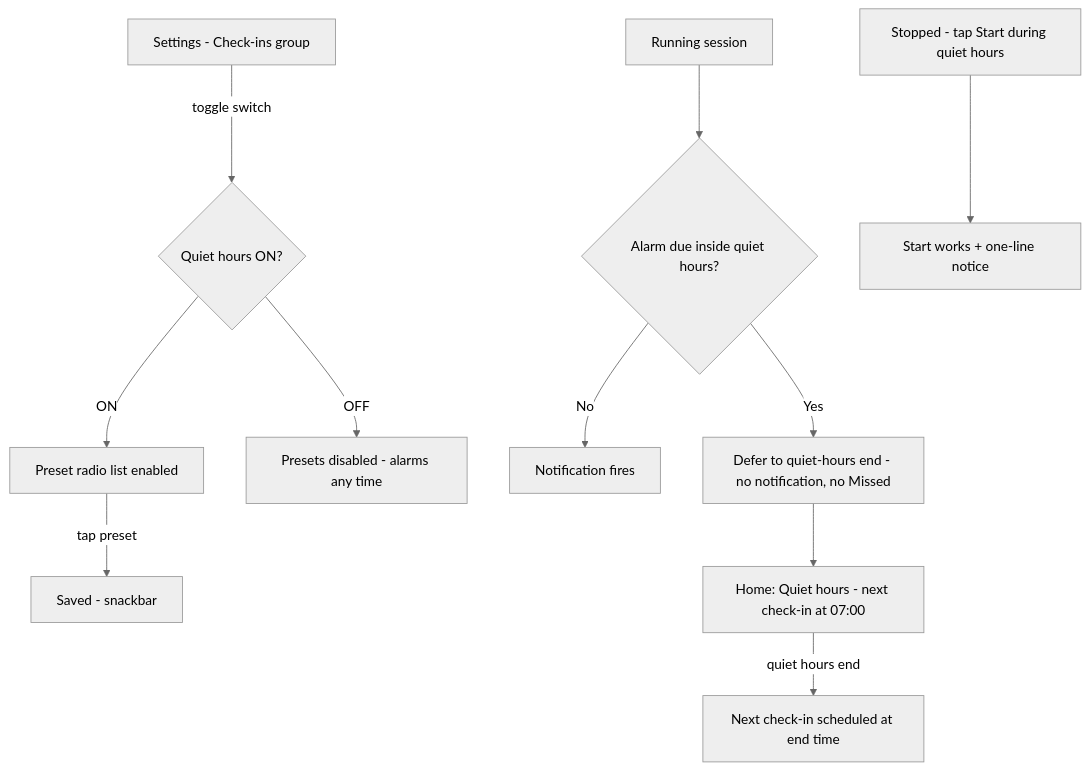
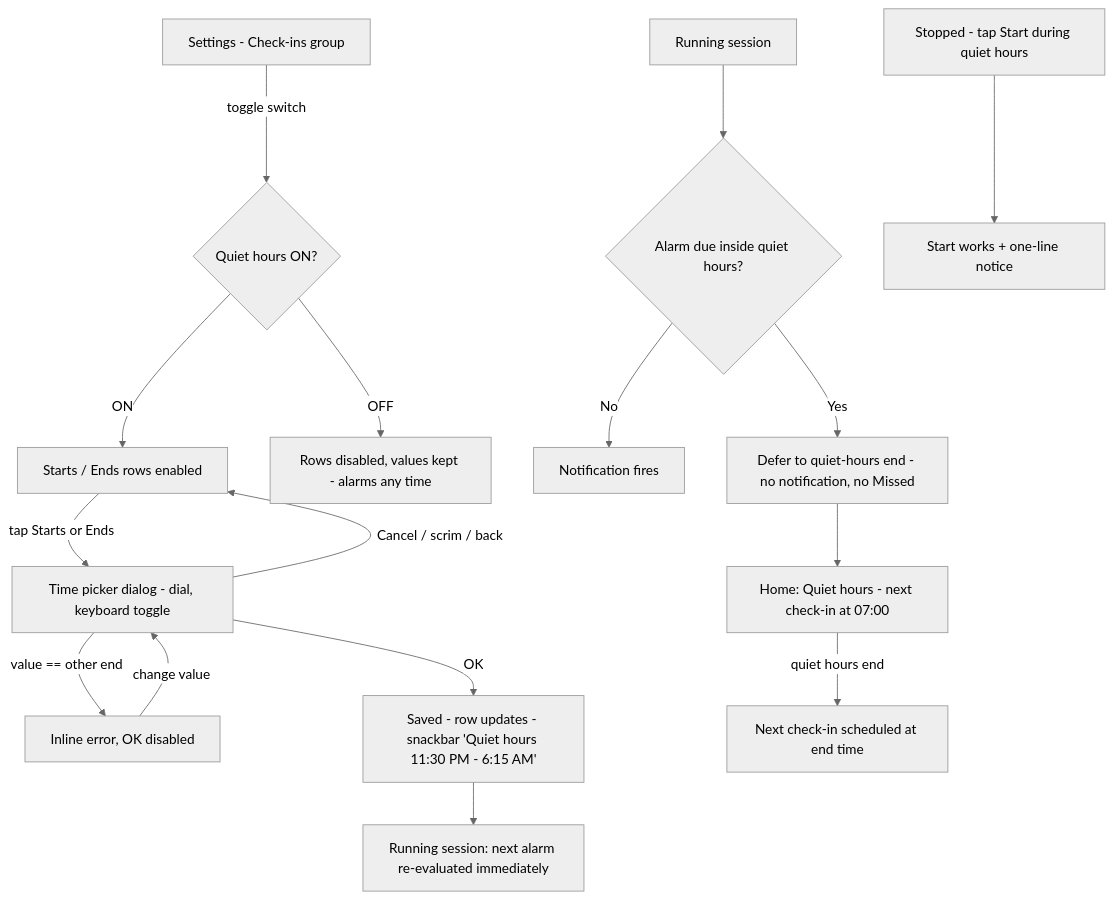
Before and after one commit to matheusfinatti/superunclench: the diagram in docs/design/US-10-quiet-hours.md, drawn with Mermaid (neutral theme). The commit also changed other lines of this file and 269 other files, not shown here.

````diff
--- a/docs/design/US-10-quiet-hours.md
+++ b/docs/design/US-10-quiet-hours.md
@@ -7,13 +7,18 @@
 ```mermaid
 flowchart TD
     SET[Settings - Check-ins group] -->|toggle switch| SW{Quiet hours ON?}
-    SW -->|ON| PR[Preset radio list enabled]
-    SW -->|OFF| DIS[Presets disabled - alarms any time]
-    PR -->|tap preset| SAVE[Saved - snackbar]
+    SW -->|ON| ROWS[Starts / Ends rows enabled]
+    SW -->|OFF| DIS[Rows disabled, values kept - alarms any time]
+    ROWS -->|tap Starts or Ends| TP[Time picker dialog - dial, keyboard toggle]
+    TP -->|Cancel / scrim / back| ROWS
+    TP -->|value == other end| ERR[Inline error, OK disabled]
+    ERR -->|change value| TP
+    TP -->|OK| SAVE[Saved - row updates - snackbar 'Quiet hours 11:30 PM - 6:15 AM']
+    SAVE --> REEVAL[Running session: next alarm re-evaluated immediately]
     RUN[Running session] --> DUE{Alarm due inside quiet hours?}
     DUE -->|No| FIRE[Notification fires]
     DUE -->|Yes| DEF[Defer to quiet-hours end - no notification, no Missed]
     DEF --> HOME[Home: Quiet hours - next check-in at 07:00]
     HOME -->|quiet hours end| FIRE2[Next check-in scheduled at end time]
     ST[Stopped - tap Start during quiet hours] --> NOTE[Start works + one-line notice]
 ```
````
